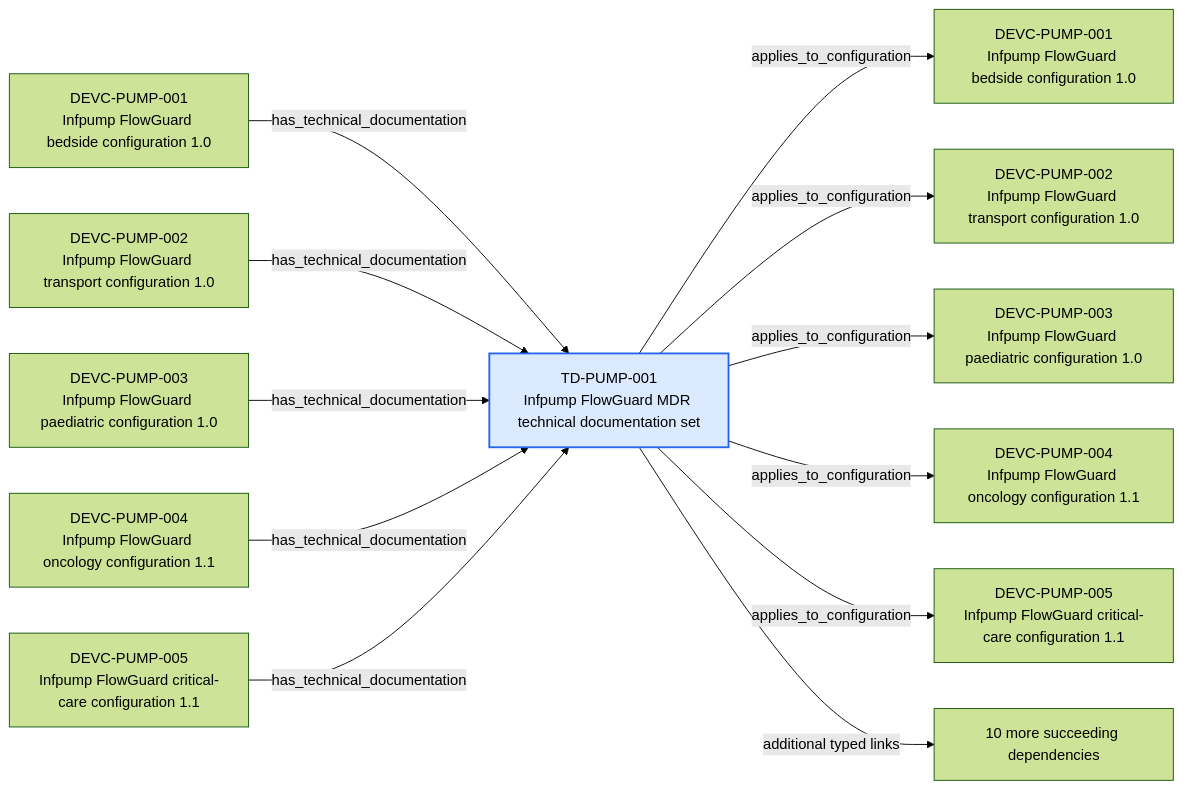
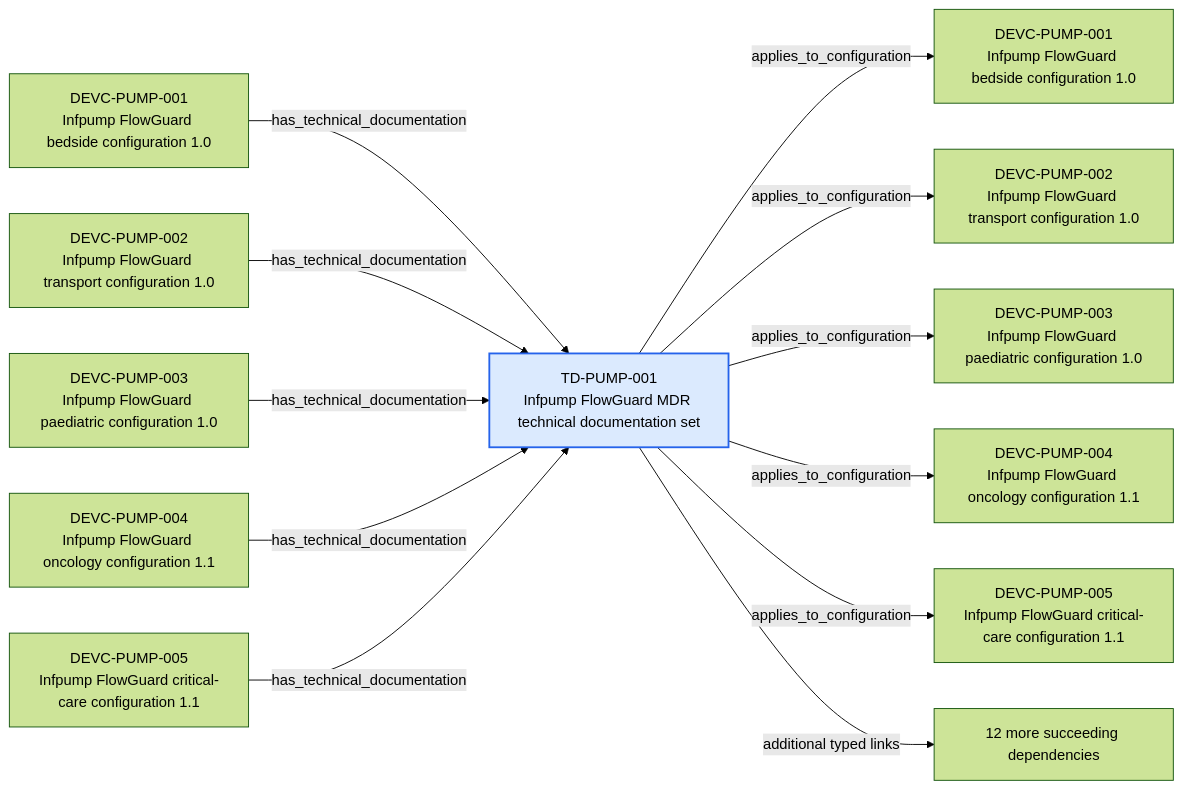
Before and after one commit to mvattulainen/mdrontology: the diagram in content/06-Infpump FlowGuard ontology notes/technical-documentation-set/TD-PUMP-001-infpump-flowguard-mdr-technical-documentation-set.md, drawn with Mermaid (forest theme). The commit also changed other lines of this file and 321 other files, not shown here.

Commit message:
Implement Mermaid ontology audit findings

````diff
--- a/content/06-Infpump FlowGuard ontology notes/technical-documentation-set/TD-PUMP-001-infpump-flowguard-mdr-technical-documentation-set.md
+++ b/content/06-Infpump FlowGuard ontology notes/technical-documentation-set/TD-PUMP-001-infpump-flowguard-mdr-technical-documentation-set.md
@@ -94,28 +96,28 @@
 ```mermaid
 flowchart LR
   CURRENT["TD-PUMP-001<br/>Infpump FlowGuard MDR technical documentation set"]
   PREV0["DEVC-PUMP-001<br/>Infpump FlowGuard bedside configuration 1.0"]
   PREV0 -->|"has_technical_documentation"| CURRENT
   PREV1["DEVC-PUMP-002<br/>Infpump FlowGuard transport configuration 1.0"]
   PREV1 -->|"has_technical_documentation"| CURRENT
   PREV2["DEVC-PUMP-003<br/>Infpump FlowGuard paediatric configuration 1.0"]
   PREV2 -->|"has_technical_documentation"| CURRENT
   PREV3["DEVC-PUMP-004<br/>Infpump FlowGuard oncology configuration 1.1"]
   PREV3 -->|"has_technical_documentation"| CURRENT
   PREV4["DEVC-PUMP-005<br/>Infpump FlowGuard critical-care configuration 1.1"]
   PREV4 -->|"has_technical_documentation"| CURRENT
   NEXT0["DEVC-PUMP-001<br/>Infpump FlowGuard bedside configuration 1.0"]
   CURRENT -->|"applies_to_configuration"| NEXT0
   NEXT1["DEVC-PUMP-002<br/>Infpump FlowGuard transport configuration 1.0"]
   CURRENT -->|"applies_to_configuration"| NEXT1
   NEXT2["DEVC-PUMP-003<br/>Infpump FlowGuard paediatric configuration 1.0"]
   CURRENT -->|"applies_to_configuration"| NEXT2
   NEXT3["DEVC-PUMP-004<br/>Infpump FlowGuard oncology configuration 1.1"]
   CURRENT -->|"applies_to_configuration"| NEXT3
   NEXT4["DEVC-PUMP-005<br/>Infpump FlowGuard critical-care configuration 1.1"]
   CURRENT -->|"applies_to_configuration"| NEXT4
-  NEXT_MORE["10 more succeeding dependencies"]
+  NEXT_MORE["12 more succeeding dependencies"]
   CURRENT -->|"additional typed links"| NEXT_MORE
   classDef current fill:#dbeafe,stroke:#2563eb,stroke-width:2px
   class CURRENT current
 ```
````
